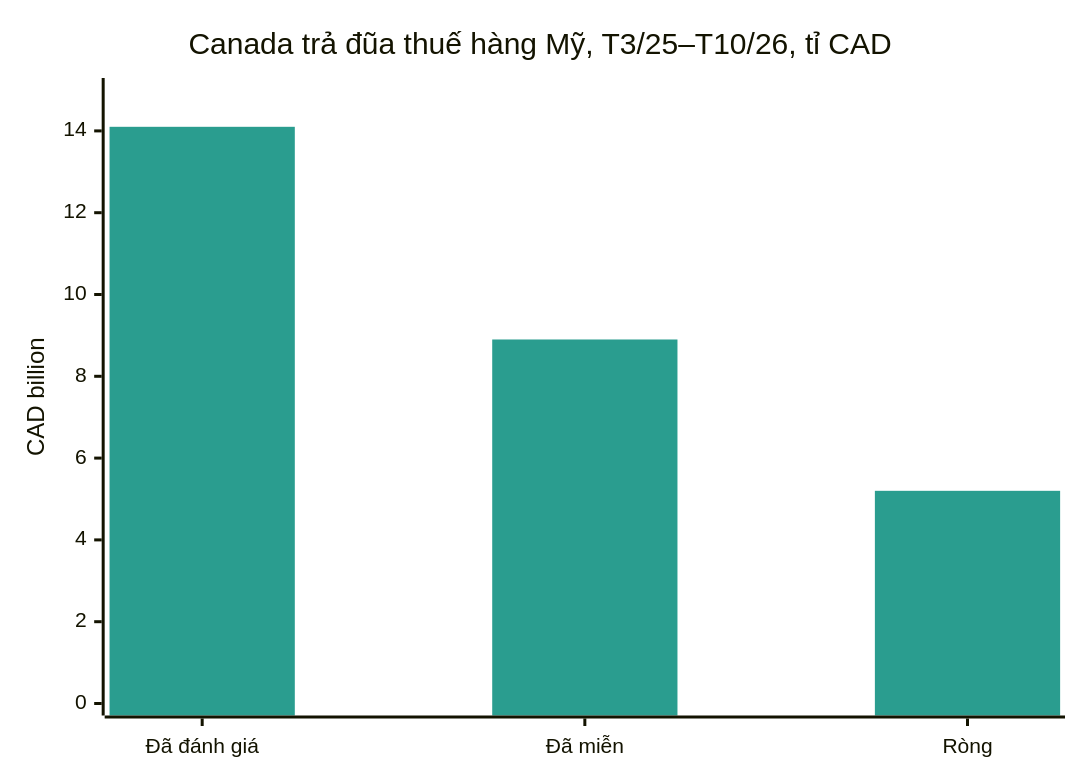
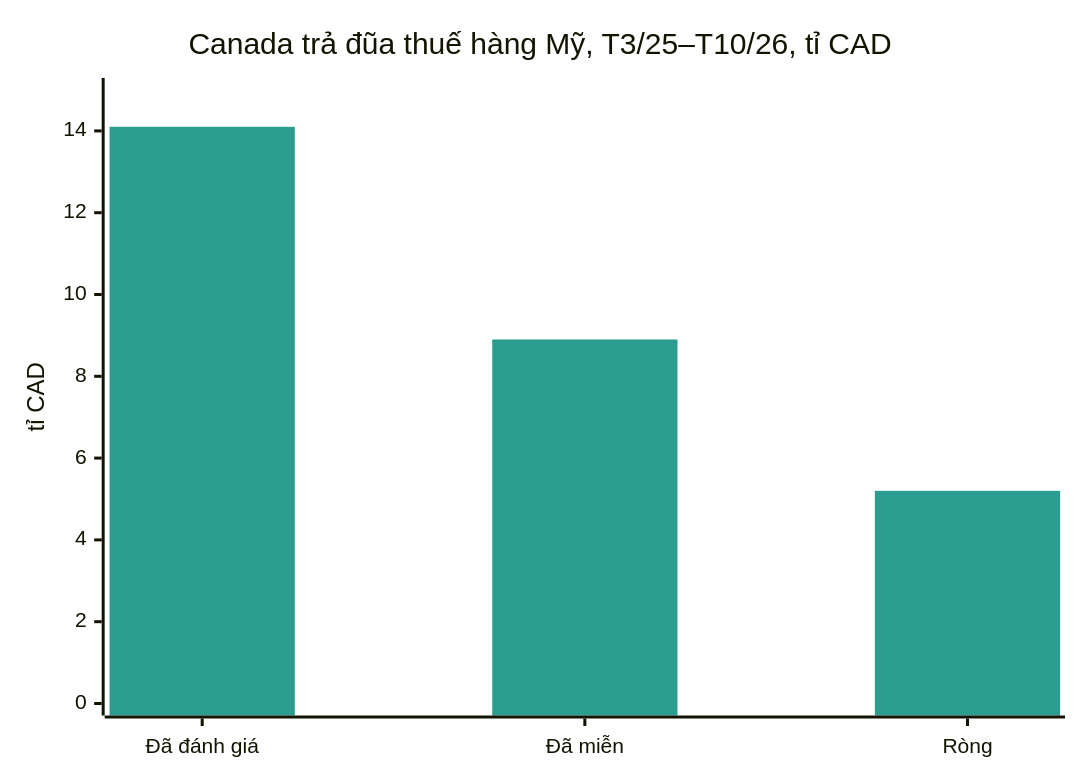
Before and after one commit to dureach/research: the fourth of 15 diagrams in Global-Trade-Intelligence-weekly-2026-11-23/index.vi.md, drawn with Mermaid. The commit also changed other lines of this file and 5 other files, not shown here.

````diff
--- a/Global-Trade-Intelligence-weekly-2026-11-23/index.vi.md
+++ b/Global-Trade-Intelligence-weekly-2026-11-23/index.vi.md
@@ -328,8 +328,8 @@
 ```mermaid
 %%{init: {'theme': 'base', 'themeVariables': {'xyChart': {'plotColorPalette': '#2a9d8f'}}}}%%
 xychart-beta
     title "Canada trả đũa thuế hàng Mỹ, T3/25–T10/26, tỉ CAD"
     x-axis ["Đã đánh giá", "Đã miễn", "Ròng"]
-    y-axis "CAD billion" 0 --> 15
+    y-axis "tỉ CAD" 0 --> 15
     bar [14.1, 8.9, 5.2]
 ```
````
